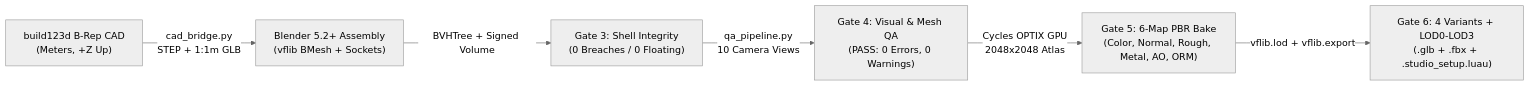
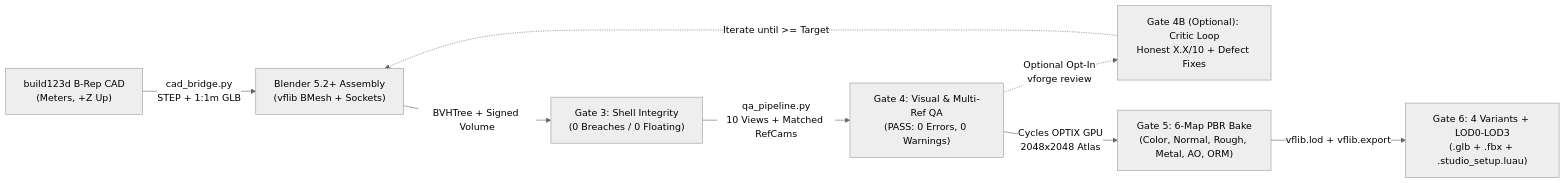
One commit to nightware47/velum-forge changed the diagram in docs/ARCHITECTURE.md. Above: the diagram before and after it, drawn with Mermaid (neutral theme). The commit also changed 31 other files, not shown here.

Commit message:
feat(v1.2): perspective-matched ref cameras, optional honest rating review loop & hardware-safe GPU-only Cycles bake

````diff
--- a/docs/ARCHITECTURE.md
+++ b/docs/ARCHITECTURE.md
@@ -5,8 +5,10 @@
 ```mermaid
 flowchart LR
     A["build123d B-Rep CAD\n(Meters, +Z Up)"] -->|cad_bridge.py\nSTEP + 1:1m GLB| B["Blender 5.2+ Assembly\n(vflib BMesh + Sockets)"]
     B -->|BVHTree + Signed Volume| C["Gate 3: Shell Integrity\n(0 Breaches / 0 Floating)"]
-    C -->|qa_pipeline.py\n10 Camera Views| D["Gate 4: Visual & Mesh QA\n(PASS: 0 Errors, 0 Warnings)"]
+    C -->|qa_pipeline.py\n10 Views + Matched RefCams| D["Gate 4: Visual & Multi-Ref QA\n(PASS: 0 Errors, 0 Warnings)"]
+    D -.->|Optional Opt-In\nvforge review| R["Gate 4B (Optional): Critic Loop\nHonest X.X/10 + Defect Fixes"]
+    R -.->|Iterate until >= Target| B
     D -->|Cycles OPTIX GPU\n2048x2048 Atlas| E["Gate 5: 6-Map PBR Bake\n(Color, Normal, Rough, Metal, AO, ORM)"]
     E -->|vflib.lod + vflib.export| F["Gate 6: 4 Variants + LOD0-LOD3\n(.glb + .fbx + .studio_setup.luau)"]
 ```
````
